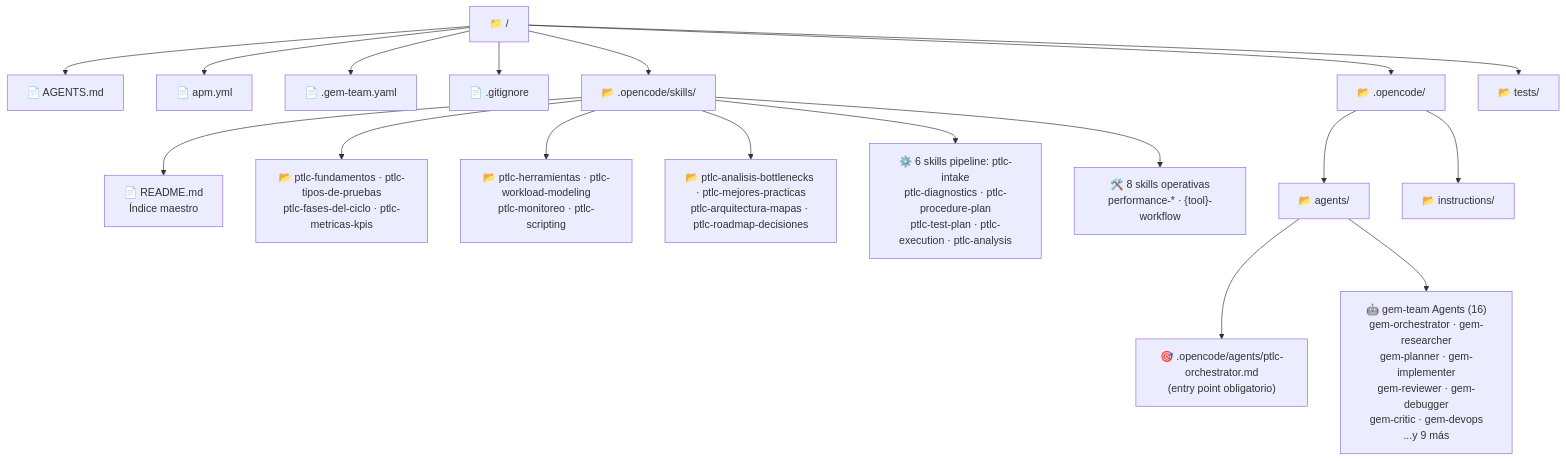
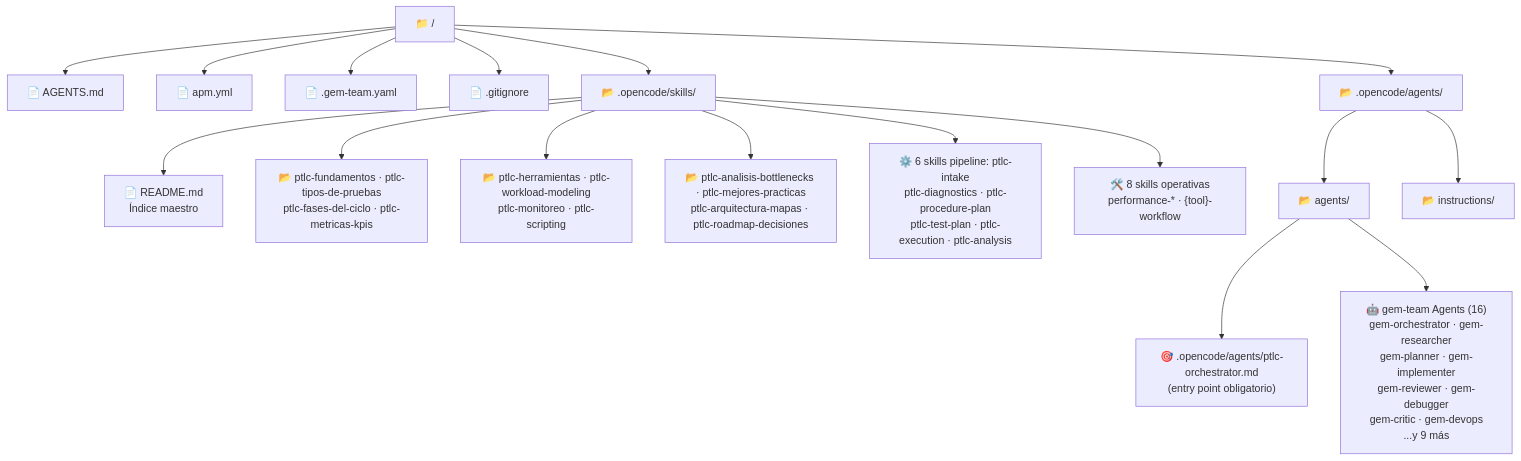
One commit to criquil/Intelligent_Performance_Test_Orchstrator changed the fifth of 7 diagrams in .opencode/skills/ptlc-arquitectura-mapas/MAP.md. Above: the diagram before and after it, drawn with Mermaid. The commit also changed 2 other files, not shown here.

Commit message:
Eliminar carpeta tests/ (prueba vieja) y ajustar referencias
- Borrar tests/performance/jmeter/config/reporter.properties (leftover de una ejecucion anterior)
- AGENTS.md: documentar que los scripts se generan on-demand en vez de commands Gatling obsoletos
- MAP.md: quitar tests/ del arbol de estructura

````diff
--- a/.opencode/skills/ptlc-arquitectura-mapas/MAP.md
+++ b/.opencode/skills/ptlc-arquitectura-mapas/MAP.md
@@ -203,25 +203,24 @@
 ```mermaid
 graph TD
     ROOT["📁 /"]
 
     ROOT --> CLAUDE_F["📄 AGENTS.md"]
     ROOT --> APM_F["📄 apm.yml"]
     ROOT --> GEM_F["📄 .gem-team.yaml"]
     ROOT --> GIT_F["📄 .gitignore"]
     ROOT --> SK_ROOT_F["📂 .opencode/skills/"]
-    ROOT --> GH_F["📂 .opencode/"]
-    ROOT --> TESTS_F["📂 tests/"]
+    ROOT --> GH_F["📂 .opencode/agents/"]
 
     SK_ROOT_F --> README_SK["📄 README.md\nÍndice maestro"]
     SK_ROOT_F --> K1["📂 ptlc-fundamentos · ptlc-tipos-de-pruebas\nptlc-fases-del-ciclo · ptlc-metricas-kpis"]
     SK_ROOT_F --> K2["📂 ptlc-herramientas · ptlc-workload-modeling\nptlc-monitoreo · ptlc-scripting"]
     SK_ROOT_F --> K3["📂 ptlc-analisis-bottlenecks · ptlc-mejores-practicas\nptlc-arquitectura-mapas · ptlc-roadmap-decisiones"]
     SK_ROOT_F --> K4["⚙️ 6 skills pipeline: ptlc-intake\nptlc-diagnostics · ptlc-procedure-plan\nptlc-test-plan · ptlc-execution · ptlc-analysis"]
     SK_ROOT_F --> K5["🛠️ 8 skills operativas\nperformance-* · {tool}-workflow"]
 
     GH_F --> AG_F["📂 agents/"]
     GH_F --> INS_F["📂 instructions/"]
 
     AG_F --> PTLC_AG["🎯 .opencode/agents/ptlc-orchestrator.md\n(entry point obligatorio)"]
     AG_F --> GEM_AG["🤖 gem-team Agents (16)\ngem-orchestrator · gem-researcher\ngem-planner · gem-implementer\ngem-reviewer · gem-debugger\ngem-critic · gem-devops\n...y 9 más"]
 ```
````
